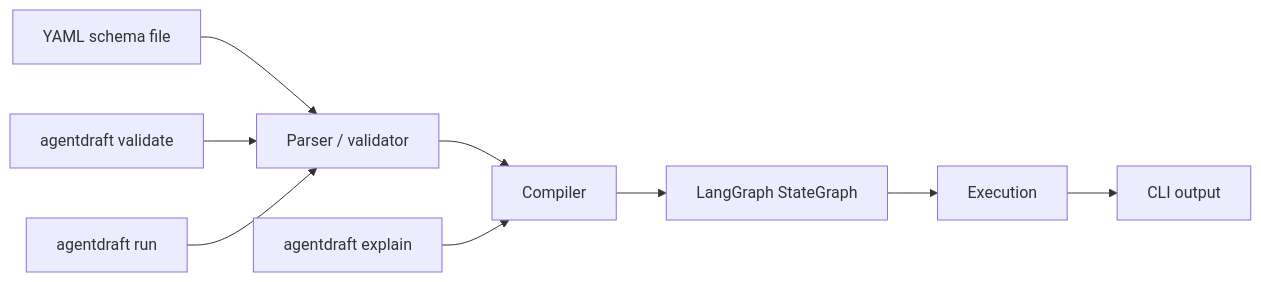
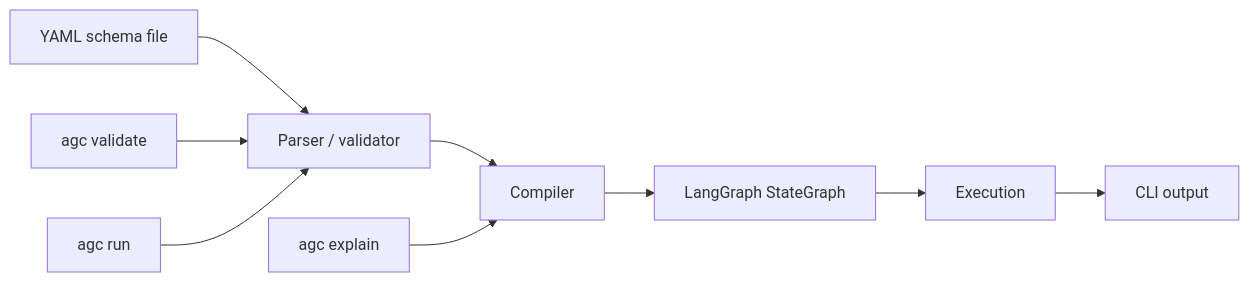
The diagram in docs/ARCHITECTURE.md (rishav91/AgentDraft), drawn with Mermaid before and after one commit. The commit also changed other lines of this file and 16 other files, not shown here.

First line of the commit message:
docs: rebrand AgentDraft -> Agentic Graph Composer, update repo URLs

````diff
--- a/docs/ARCHITECTURE.md
+++ b/docs/ARCHITECTURE.md
@@ -27,12 +27,12 @@
 ```mermaid
 flowchart LR
     A[YAML schema file] --> B[Parser / validator]
     B --> C[Compiler]
     C --> D[LangGraph StateGraph]
     D --> E[Execution]
     E --> F[CLI output]
 
-    G[agentdraft validate] --> B
-    H[agentdraft run] --> B
-    I[agentdraft explain] --> C
+    G[agc validate] --> B
+    H[agc run] --> B
+    I[agc explain] --> C
 ```
````
